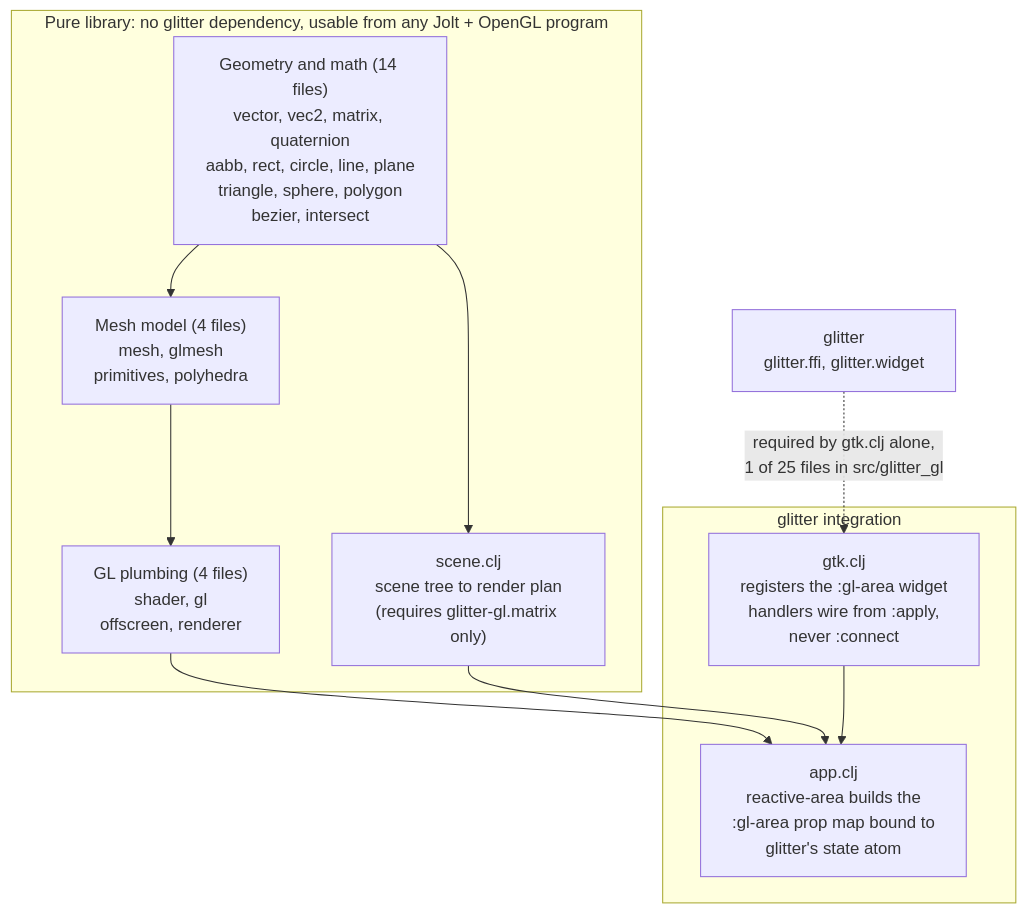
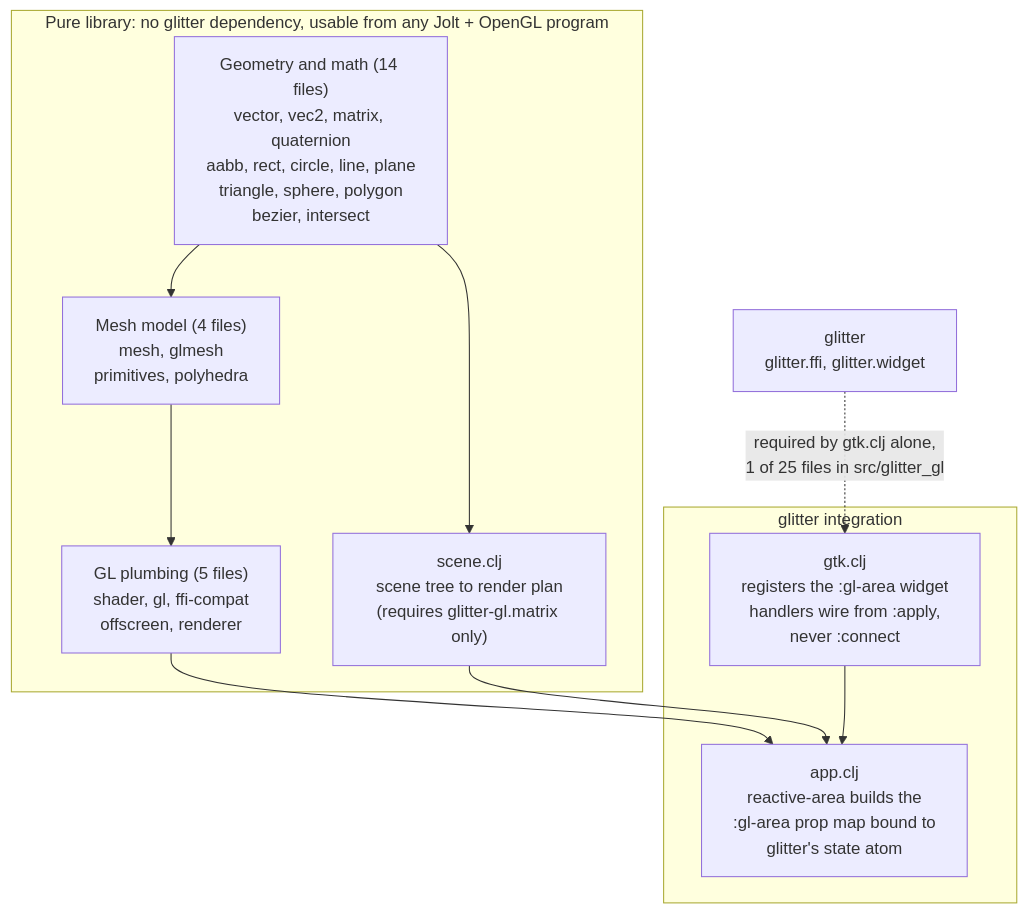
Before and after one commit to burinc/glitter-gl: the diagram in README.md, drawn with Mermaid. The commit also changed 4 other files, not shown here.

First line of the commit message:
docs: record glitter-gl.ffi-compat and the pinned CI jolt

````diff
--- a/README.md
+++ b/README.md
@@ -133,24 +133,24 @@
 ```mermaid
 flowchart TD
   subgraph pure["Pure library: no glitter dependency, usable from any Jolt + OpenGL program"]
     geom["Geometry and math (14 files)<br/>vector, vec2, matrix, quaternion<br/>aabb, rect, circle, line, plane<br/>triangle, sphere, polygon<br/>bezier, intersect"]
     mesh["Mesh model (4 files)<br/>mesh, glmesh<br/>primitives, polyhedra"]
-    glplumb["GL plumbing (4 files)<br/>shader, gl<br/>offscreen, renderer"]
+    glplumb["GL plumbing (5 files)<br/>shader, gl, ffi-compat<br/>offscreen, renderer"]
     scene["scene.clj<br/>scene tree to render plan<br/>(requires glitter-gl.matrix only)"]
   end
 
   subgraph bridge["glitter integration"]
     gtk["gtk.clj<br/>registers the :gl-area widget<br/>handlers wire from :apply,<br/>never :connect"]
     app["app.clj<br/>reactive-area builds the<br/>:gl-area prop map bound to<br/>glitter's state atom"]
   end
 
   glitter["glitter<br/>glitter.ffi, glitter.widget"]
 
   geom --> mesh
   mesh --> glplumb
   geom --> scene
   glplumb --> app
   scene --> app
   gtk --> app
   glitter -.->|"required by gtk.clj alone,<br/>1 of 25 files in src/glitter_gl"| gtk
 ```
````
